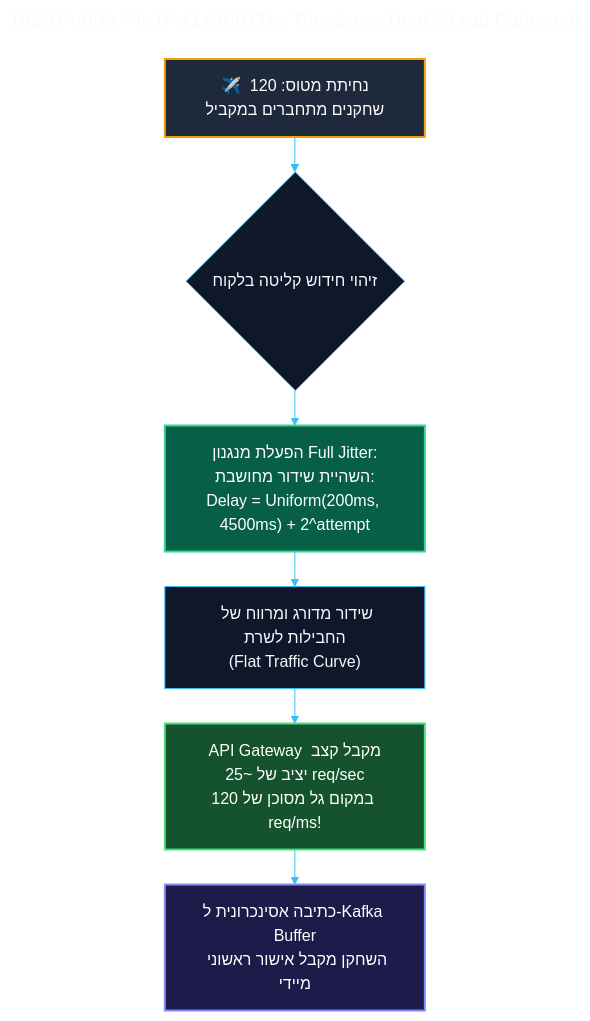
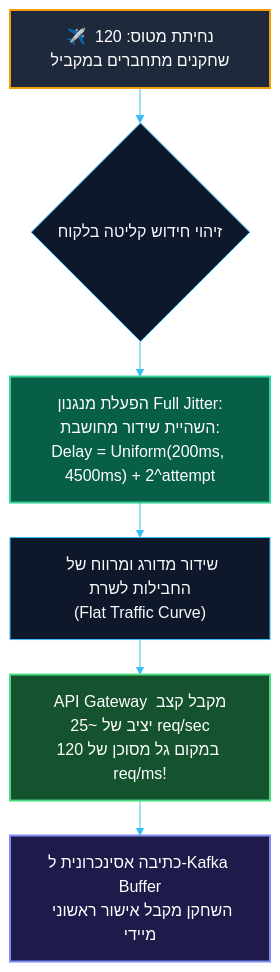
The diagram in prd_final_v5_CEO_chapters/10 - ארכיטקטורת המערכת, מניעת עדר הניתורים (Thundering Herd) ו-Pseudocode לשרת.md (Yuvalalex/MOON-ACTIVE-MUNI-SPINE), drawn with Mermaid before and after one commit. The commit also changed 16 other files, not shown here.

Commit message:
docs: fix mermaid blocks in PRD docs

````diff
--- a/prd_final_v5_CEO_chapters/10 - ארכיטקטורת המערכת, מניעת עדר הניתורים (Thundering Herd) ו-Pseudocode לשרת.md
+++ b/prd_final_v5_CEO_chapters/10 - ארכיטקטורת המערכת, מניעת עדר הניתורים (Thundering Herd) ו-Pseudocode לשרת.md
@@ -45,40 +45,37 @@
 ```mermaid
----
-title: "10.2 פתרון בעיית עדר הניתורים (The Thundering Herd & Load Flattening)"
----
 %%{init: {
   "theme": "base",
   "themeVariables": {
     "fontFamily": "Segoe UI, Assistant, sans-serif",
     "fontSize": "16px",
     "primaryColor": "#0f172a",
     "primaryTextColor": "#f8fafc",
     "primaryBorderColor": "#38bdf8",
     "lineColor": "#38bdf8",
     "secondaryColor": "#1e293b",
     "tertiaryColor": "#1e293b",
     "edgeLabelBackground": "#0f172a",
     "nodeBorder": "#38bdf8",
     "clusterBkg": "#0b1120",
     "clusterBorder": "#38bdf8"
   },
   "flowchart": { "curve": "basis", "nodeSpacing": 30, "rankSpacing": 35, "padding": 15 },
   "sequence": { "actorMargin": 30, "messageMargin": 30 },
   "state": { "nodeSpacing": 30, "rankSpacing": 35, "titleTopMargin": 15 }
 }}%%
 flowchart TD
     PlaneLanding["✈️ נחיתת מטוס: 120 שחקנים מתחברים במקביל"] --> ReconnectDetected{"זיהוי חידוש קליטה בלקוח"}
     
     ReconnectDetected --> JitterAlgorithm["הפעלת מנגנון Full Jitter:<br/>השהיית שידור מחושבת:<br/>Delay = Uniform(200ms, 4500ms) + 2^attempt"]
     
     JitterAlgorithm --> StaggeredPayload["שידור מדורג ומרווח של החבילות לשרת<br/>(Flat Traffic Curve)"]
     
     StaggeredPayload --> GatewayOK["API Gateway מקבל קצב יציב של ~25 req/sec<br/>במקום גל מסוכן של 120 req/ms!"]
 
     GatewayOK --> KafkaQueue["כתיבה אסינכרונית ל-Kafka Buffer<br/>השחקן מקבל אישור ראשוני מיידי"]
 
     style PlaneLanding fill:#1e293b,stroke:#f59e0b,stroke-width:2px,color:#fff
     style JitterAlgorithm fill:#065f46,stroke:#34d399,stroke-width:2px,color:#fff
     style GatewayOK fill:#14532d,stroke:#4ade80,stroke-width:2px,color:#fff
     style KafkaQueue fill:#1e1b4b,stroke:#818cf8,stroke-width:2px,color:#fff
 ```
````
